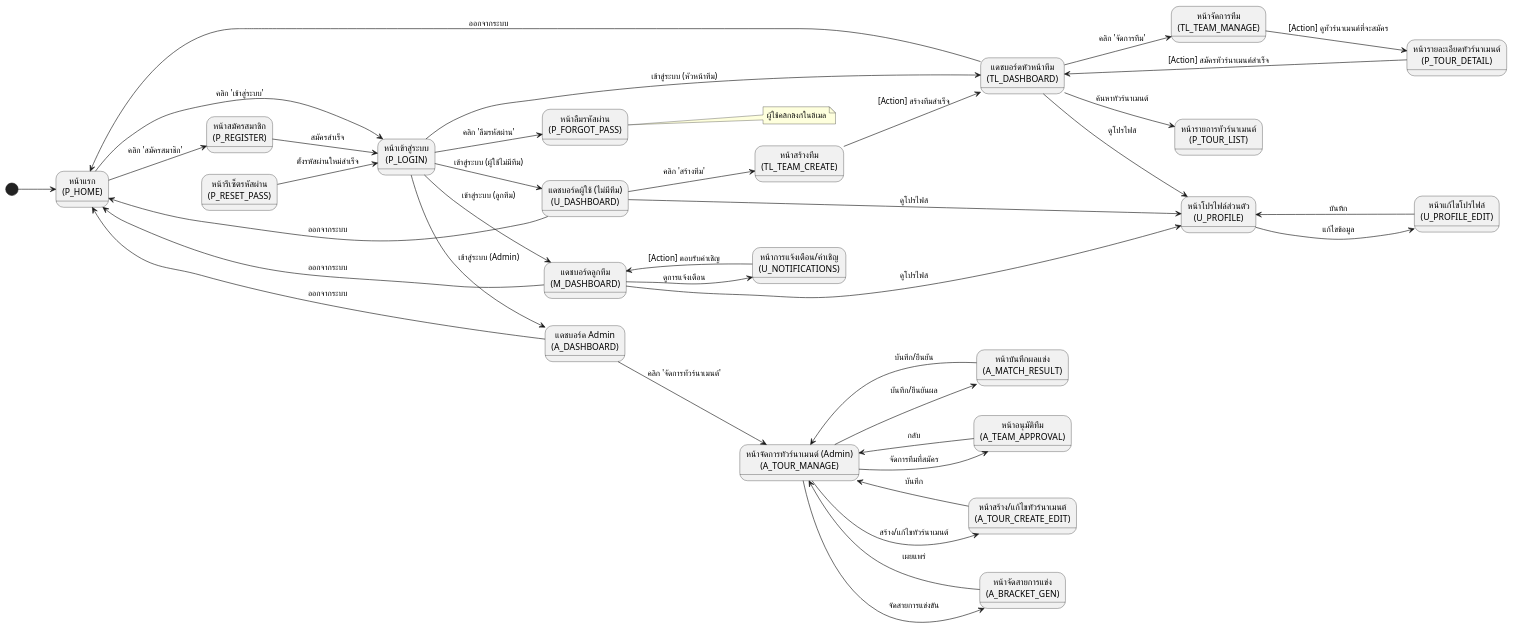
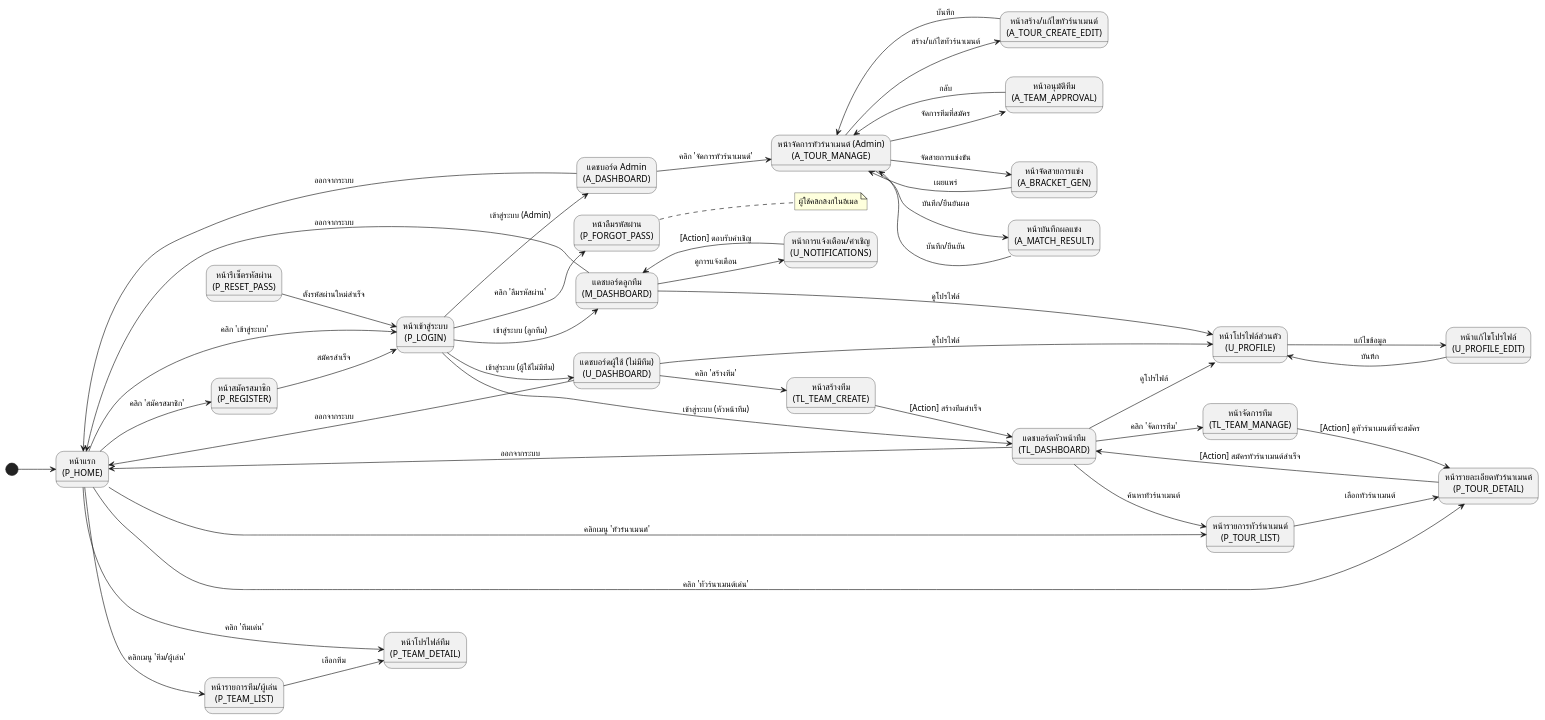
Before and after one commit to Thavizup-Deesan/DSSI-Project-TEAMSUFFER: the diagram in Diagram/UI State Transition Diagram.puml, drawn with PlantUML.

Commit message:
Add new files and updates

```diff
--- a/Diagram/UI State Transition Diagram.puml
+++ b/Diagram/UI State Transition Diagram.puml
@@ -1,89 +1,105 @@
-@startuml "UI State Transition Diagram (Separated Dashboards)"
+@startuml "UI State Transition Diagram (Complete Version)"
 left to right direction
 
 ' --- 1. State Definitions ---
 state "หน้าแรก\n(P_HOME)" as P_HOME
 state "หน้าเข้าสู่ระบบ\n(P_LOGIN)" as P_LOGIN
 state "หน้าสมัครสมาชิก\n(P_REGISTER)" as P_REGISTER
 state "หน้าลืมรหัสผ่าน\n(P_FORGOT_PASS)" as P_FORGOT_PASS
 state "หน้ารีเซ็ตรหัสผ่าน\n(P_RESET_PASS)" as P_RESET_PASS
 state "หน้ารายการทัวร์นาเมนต์\n(P_TOUR_LIST)" as P_TOUR_LIST
 state "หน้ารายละเอียดทัวร์นาเมนต์\n(P_TOUR_DETAIL)" as P_TOUR_DETAIL
+state "หน้ารายการทีม/ผู้เล่น\n(P_TEAM_LIST)" as P_TEAM_LIST
+state "หน้าโปรไฟล์ทีม\n(P_TEAM_DETAIL)" as P_TEAM_DETAIL
 
 state "แดชบอร์ดผู้ใช้ (ไม่มีทีม)\n(U_DASHBOARD)" as U_DASHBOARD
 state "แดชบอร์ดลูกทีม\n(M_DASHBOARD)" as M_DASHBOARD
 state "แดชบอร์ดหัวหน้าทีม\n(TL_DASHBOARD)" as TL_DASHBOARD
 state "แดชบอร์ด Admin\n(A_DASHBOARD)" as A_DASHBOARD
 
 state "หน้าโปรไฟล์ส่วนตัว\n(U_PROFILE)" as U_PROFILE
 state "หน้าแก้ไขโปรไฟล์\n(U_PROFILE_EDIT)" as U_PROFILE_EDIT
 state "หน้าการแจ้งเตือน/คำเชิญ\n(U_NOTIFICATIONS)" as U_NOTIFICATIONS
 
 state "หน้าสร้างทีม\n(TL_TEAM_CREATE)" as TL_TEAM_CREATE
 state "หน้าจัดการทีม\n(TL_TEAM_MANAGE)" as TL_TEAM_MANAGE
 
 state "หน้าจัดการทัวร์นาเมนต์ (Admin)\n(A_TOUR_MANAGE)" as A_TOUR_MANAGE
 state "หน้าสร้าง/แก้ไขทัวร์นาเมนต์\n(A_TOUR_CREATE_EDIT)" as A_TOUR_CREATE_EDIT
 state "หน้าอนุมัติทีม\n(A_TEAM_APPROVAL)" as A_TEAM_APPROVAL
 state "หน้าจัดสายการแข่ง\n(A_BRACKET_GEN)" as A_BRACKET_GEN
 state "หน้าบันทึกผลแข่ง\n(A_MATCH_RESULT)" as A_MATCH_RESULT
 
 
 ' --- 2. Initial State ---
 [*] --> P_HOME
 
 ' --- 3. Transitions ---
 
 ' --- Public & Authentication Flow ---
 P_HOME --> P_LOGIN : คลิก 'เข้าสู่ระบบ'
 P_HOME --> P_REGISTER : คลิก 'สมัครสมาชิก'
 P_LOGIN --> P_FORGOT_PASS : คลิก 'ลืมรหัสผ่าน'
 P_REGISTER --> P_LOGIN : สมัครสำเร็จ
 note right of P_FORGOT_PASS : ผู้ใช้คลิกลิงก์ในอีเมล
 P_RESET_PASS --> P_LOGIN : ตั้งรหัสผ่านใหม่สำเร็จ
 
 ' --- Login Flow (แยกตาม Role) ---
 P_LOGIN --> U_DASHBOARD : เข้าสู่ระบบ (ผู้ใช้ไม่มีทีม)
 P_LOGIN --> M_DASHBOARD : เข้าสู่ระบบ (ลูกทีม)
 P_LOGIN --> TL_DASHBOARD : เข้าสู่ระบบ (หัวหน้าทีม)
 P_LOGIN --> A_DASHBOARD : เข้าสู่ระบบ (Admin)
+
+' --- General Browsing (Complete Flow) ---
+' Main Path for Tournaments
+P_HOME --> P_TOUR_LIST : คลิกเมนู 'ทัวร์นาเมนต์'
+P_TOUR_LIST --> P_TOUR_DETAIL : เลือกทัวร์นาเมนต์
+
+' Main Path for Teams
+P_HOME --> P_TEAM_LIST : คลิกเมนู 'ทีม/ผู้เล่น'
+P_TEAM_LIST --> P_TEAM_DETAIL : เลือกทีม
+
+' Shortcut Paths from Home
+P_HOME --> P_TOUR_DETAIL : คลิก 'ทัวร์นาเมนต์เด่น'
+P_HOME --> P_TEAM_DETAIL : คลิก 'ทีมเด่น'
+
 
 ' --- General User (No Team) Flow ---
 U_DASHBOARD --> U_PROFILE : ดูโปรไฟล์
 U_DASHBOARD --> TL_TEAM_CREATE : คลิก 'สร้างทีม'
 U_DASHBOARD --> P_HOME : ออกจากระบบ
 
 ' --- Team Member Flow ---
 M_DASHBOARD --> U_PROFILE : ดูโปรไฟล์
 M_DASHBOARD --> U_NOTIFICATIONS : ดูการแจ้งเตือน
 M_DASHBOARD --> P_HOME : ออกจากระบบ
 
 ' --- Team Lead Flow ---
 TL_DASHBOARD --> U_PROFILE : ดูโปรไฟล์
 TL_DASHBOARD --> TL_TEAM_MANAGE : คลิก 'จัดการทีม'
 TL_DASHBOARD --> P_TOUR_LIST : ค้นหาทัวร์นาเมนต์
 TL_DASHBOARD --> P_HOME : ออกจากระบบ
 
 ' --- Admin Flow ---
 A_DASHBOARD --> A_TOUR_MANAGE : คลิก 'จัดการทัวร์นาเมนต์'
 A_DASHBOARD --> P_HOME : ออกจากระบบ
 
 ' --- Detailed Admin Management Flow ---
 A_TOUR_MANAGE --> A_TOUR_CREATE_EDIT : สร้าง/แก้ไขทัวร์นาเมนต์
 A_TOUR_MANAGE --> A_TEAM_APPROVAL : จัดการทีมที่สมัคร
 A_TOUR_MANAGE --> A_BRACKET_GEN : จัดสายการแข่งขัน
 A_TOUR_MANAGE --> A_MATCH_RESULT : บันทึก/ยืนยันผล
 A_TOUR_CREATE_EDIT --> A_TOUR_MANAGE : บันทึก
 A_TEAM_APPROVAL --> A_TOUR_MANAGE : กลับ
 A_BRACKET_GEN --> A_TOUR_MANAGE : เผยแพร่
 A_MATCH_RESULT --> A_TOUR_MANAGE : บันทึก/ยืนยัน
 
 ' --- Shared Transitions & Actions ---
 U_PROFILE --> U_PROFILE_EDIT : แก้ไขข้อมูล
 U_PROFILE_EDIT --> U_PROFILE : บันทึก
 U_NOTIFICATIONS --> M_DASHBOARD : [Action] ตอบรับคำเชิญ
 TL_TEAM_CREATE --> TL_DASHBOARD : [Action] สร้างทีมสำเร็จ
 TL_TEAM_MANAGE --> P_TOUR_DETAIL : [Action] ดูทัวร์นาเมนต์ที่จะสมัคร
 P_TOUR_DETAIL --> TL_DASHBOARD : [Action] สมัครทัวร์นาเมนต์สำเร็จ
 
 @enduml
```
